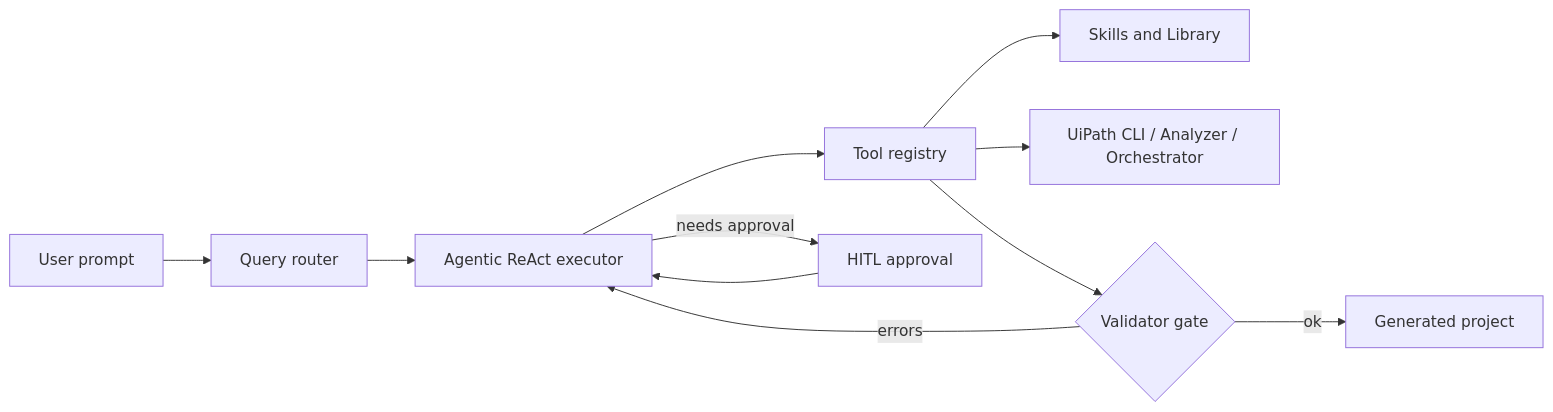
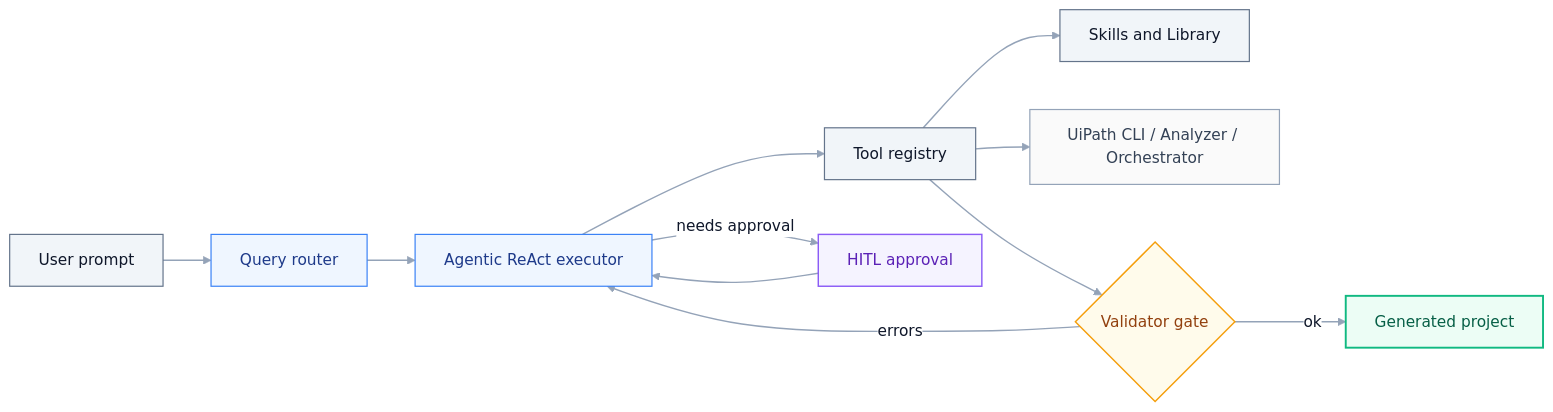
Before and after one commit to DanielaRosenn/uiplan-agent-of-agents: the first of 5 diagrams in README.md, drawn with Mermaid. The commit also changed other lines of this file and 38 other files, not shown here.

````diff
--- a/README.md
+++ b/README.md
@@ -14,13 +14,24 @@
 ```mermaid
+%%{init: {'theme':'base','themeVariables':{'primaryColor':'#E2E8F0','primaryTextColor':'#0F172A','primaryBorderColor':'#94A3B8','lineColor':'#94A3B8','secondaryColor':'#F1F5F9','tertiaryColor':'#F8FAFC','background':'#FFFFFF','clusterBkg':'#F8FAFC','clusterBorder':'#CBD5E1','titleColor':'#0F172A','edgeLabelBackground':'#FFFFFF','fontFamily':'Inter, ui-sans-serif, system-ui'}}}%%
 flowchart LR
-    User[User prompt] --> Router[Query router]
-    Router --> Executor[Agentic ReAct executor]
-    Executor --> Tools[Tool registry]
-    Tools --> Skills[Skills and Library]
-    Tools --> UiPath[UiPath CLI / Analyzer / Orchestrator]
-    Tools --> Validator{Validator gate}
+    User[User prompt]:::process --> Router[Query router]:::service
+    Router --> Executor[Agentic ReAct executor]:::service
+    Executor --> Tools[Tool registry]:::process
+    Tools --> Skills[Skills and Library]:::data
+    Tools --> UiPath[UiPath CLI / Analyzer / Orchestrator]:::external
+    Tools --> Validator{Validator gate}:::decision
     Validator -->|errors| Executor
-    Validator -->|ok| Output[Generated project]
-    Executor -->|needs approval| Human[HITL approval]
+    Validator -->|ok| Output[Generated project]:::success
+    Executor -->|needs approval| Human[HITL approval]:::human
     Human --> Executor
+
+    classDef process  fill:#F1F5F9,stroke:#64748B,color:#0F172A,stroke-width:1.25px
+    classDef service  fill:#EFF6FF,stroke:#3B82F6,color:#1E3A8A,stroke-width:1.25px
+    classDef data     fill:#F1F5F9,stroke:#64748B,color:#0F172A,stroke-width:1.25px
+    classDef external fill:#FAFAFA,stroke:#94A3B8,color:#334155,stroke-width:1.25px
+    classDef decision fill:#FFFBEB,stroke:#F59E0B,color:#92400E,stroke-width:1.5px
+    classDef success  fill:#ECFDF5,stroke:#10B981,color:#065F46,stroke-width:2px
+    classDef human    fill:#F5F3FF,stroke:#8B5CF6,color:#5B21B6,stroke-width:1.5px
+
+    linkStyle default stroke:#94A3B8,stroke-width:1.5px
 ```
````
